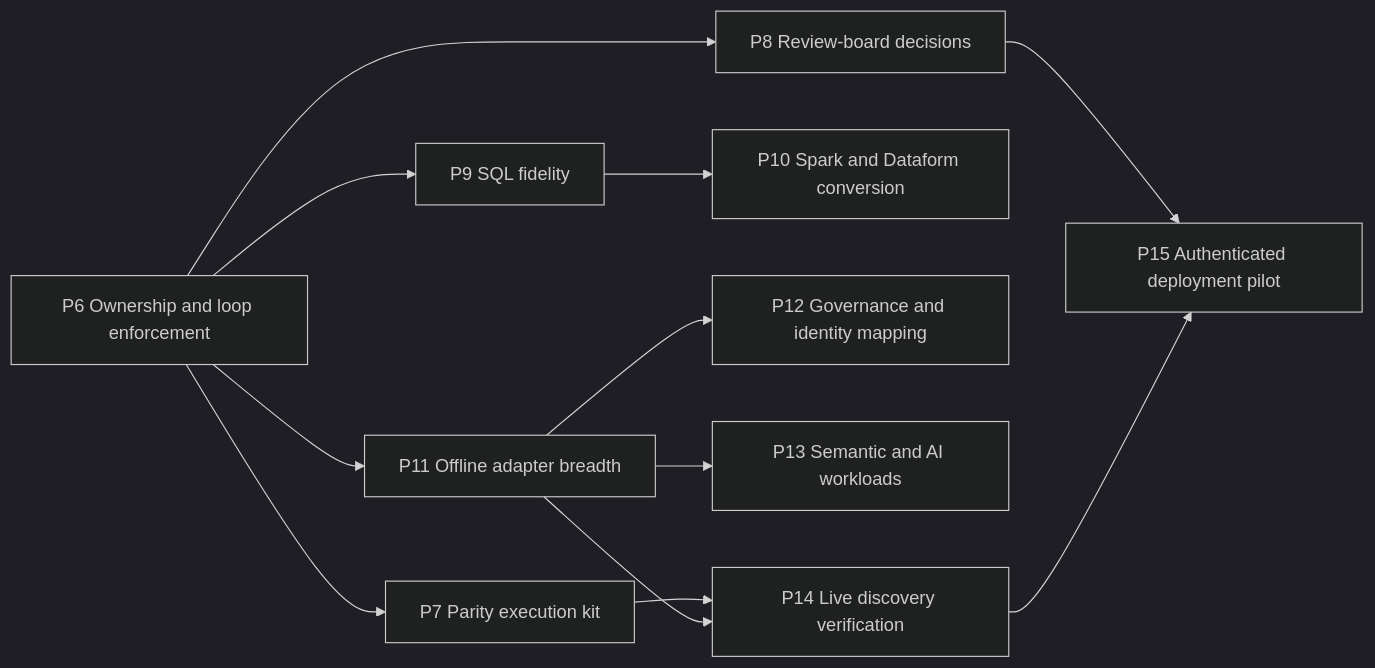
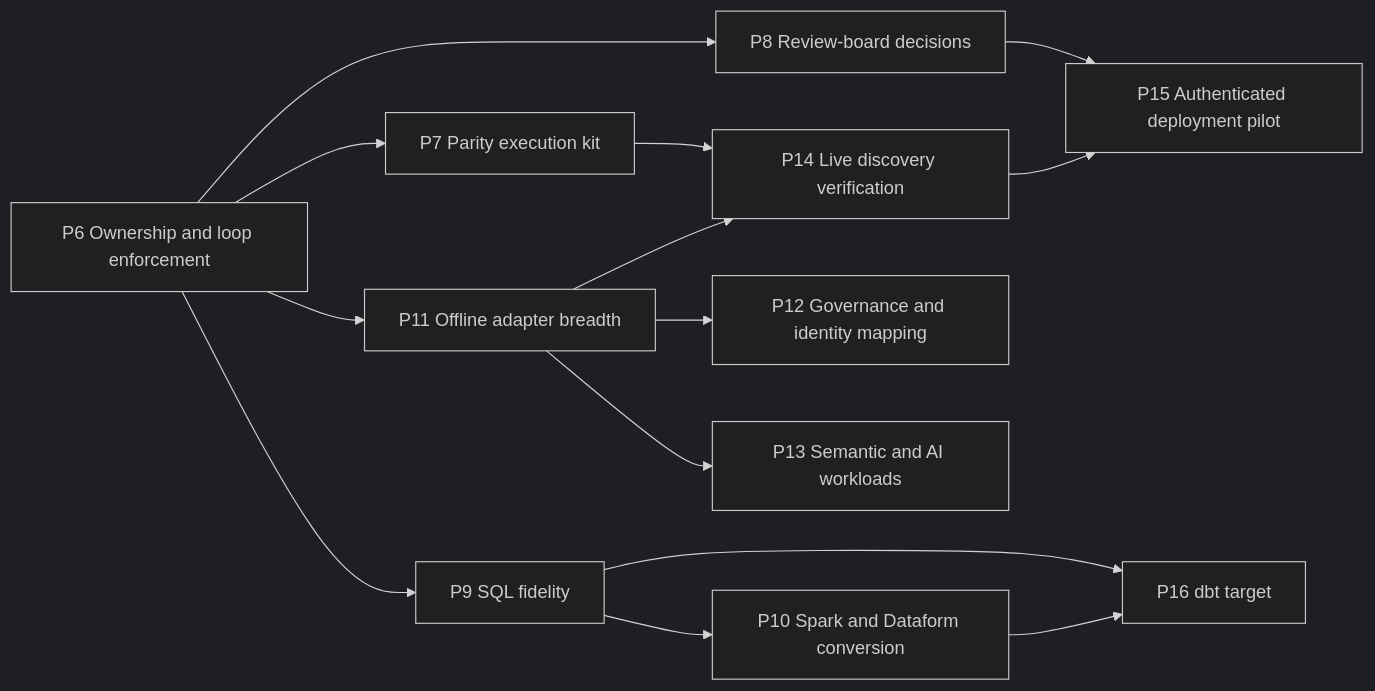
Before and after one commit to cyphou/BigQueryToFabric: the diagram in docs/ROADMAP.md, drawn with Mermaid (dark theme). The commit also changed other lines of this file and 22 other files, not shown here.

First line of the commit message:
Add dbt as a Fabric target (P16)

````diff
--- a/docs/ROADMAP.md
+++ b/docs/ROADMAP.md
@@ -210,14 +210,16 @@
 ```mermaid
 flowchart LR
     P6[P6 Ownership and loop enforcement] --> P7[P7 Parity execution kit]
     P6 --> P8[P8 Review-board decisions]
     P6 --> P9[P9 SQL fidelity]
     P9 --> P10[P10 Spark and Dataform conversion]
     P6 --> P11[P11 Offline adapter breadth]
     P11 --> P12[P12 Governance and identity mapping]
     P11 --> P13[P13 Semantic and AI workloads]
     P7 --> P14[P14 Live discovery verification]
     P11 --> P14
     P8 --> P15[P15 Authenticated deployment pilot]
     P14 --> P15
+    P9 --> P16[P16 dbt target]
+    P10 --> P16
 ```
````
